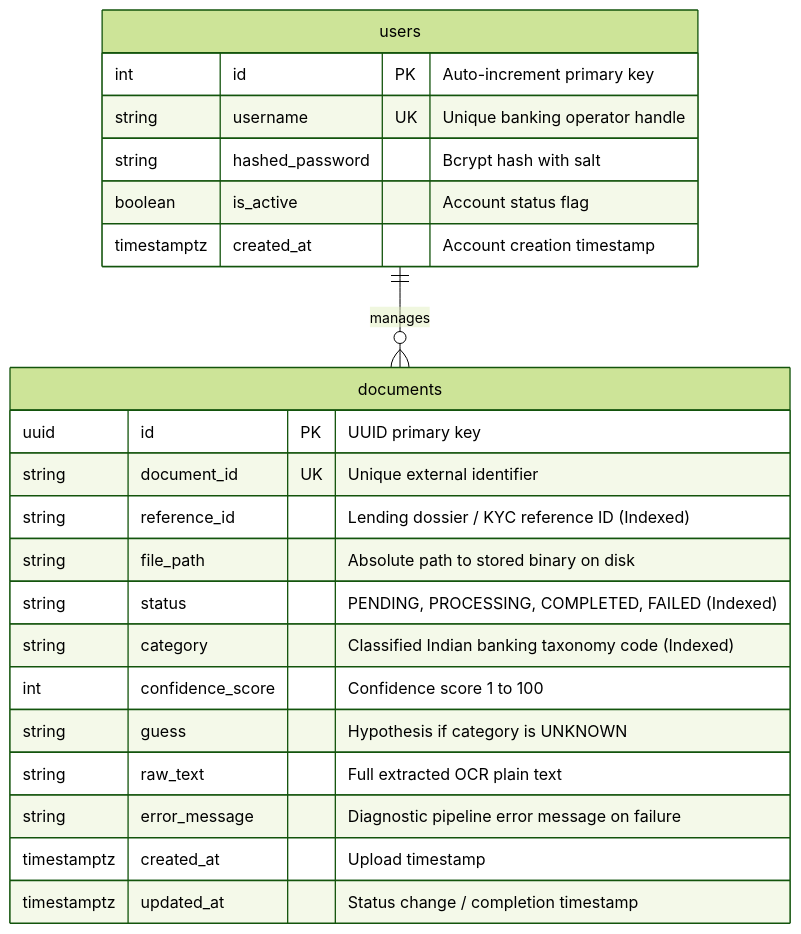
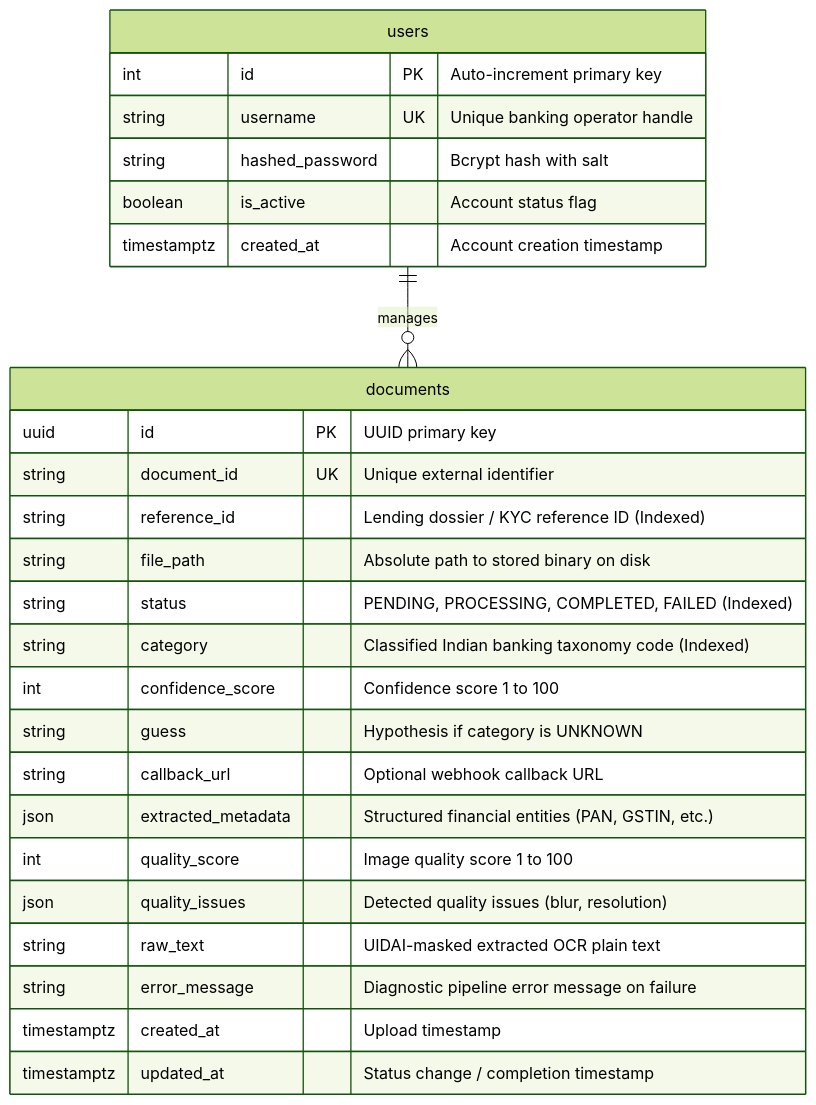
Before and after one commit to Shetty073/doc-classification-engine: the third of 4 diagrams in ARCHITECTURE.md, drawn with Mermaid (forest theme). The commit also changed other lines of this file and 15 other files, not shown here.

````diff
--- a/ARCHITECTURE.md
+++ b/ARCHITECTURE.md
@@ -157,27 +157,31 @@
 ```mermaid
 erDiagram
     users {
         int id PK "Auto-increment primary key"
         string username UK "Unique banking operator handle"
         string hashed_password "Bcrypt hash with salt"
         boolean is_active "Account status flag"
         timestamptz created_at "Account creation timestamp"
     }
 
     documents {
         uuid id PK "UUID primary key"
         string document_id UK "Unique external identifier"
         string reference_id "Lending dossier / KYC reference ID (Indexed)"
         string file_path "Absolute path to stored binary on disk"
         string status "PENDING, PROCESSING, COMPLETED, FAILED (Indexed)"
         string category "Classified Indian banking taxonomy code (Indexed)"
         int confidence_score "Confidence score 1 to 100"
         string guess "Hypothesis if category is UNKNOWN"
-        string raw_text "Full extracted OCR plain text"
+        string callback_url "Optional webhook callback URL"
+        json extracted_metadata "Structured financial entities (PAN, GSTIN, etc.)"
+        int quality_score "Image quality score 1 to 100"
+        json quality_issues "Detected quality issues (blur, resolution)"
+        string raw_text "UIDAI-masked extracted OCR plain text"
         string error_message "Diagnostic pipeline error message on failure"
         timestamptz created_at "Upload timestamp"
         timestamptz updated_at "Status change / completion timestamp"
     }
 
     users ||--o{ documents : "manages"
 ```
````
